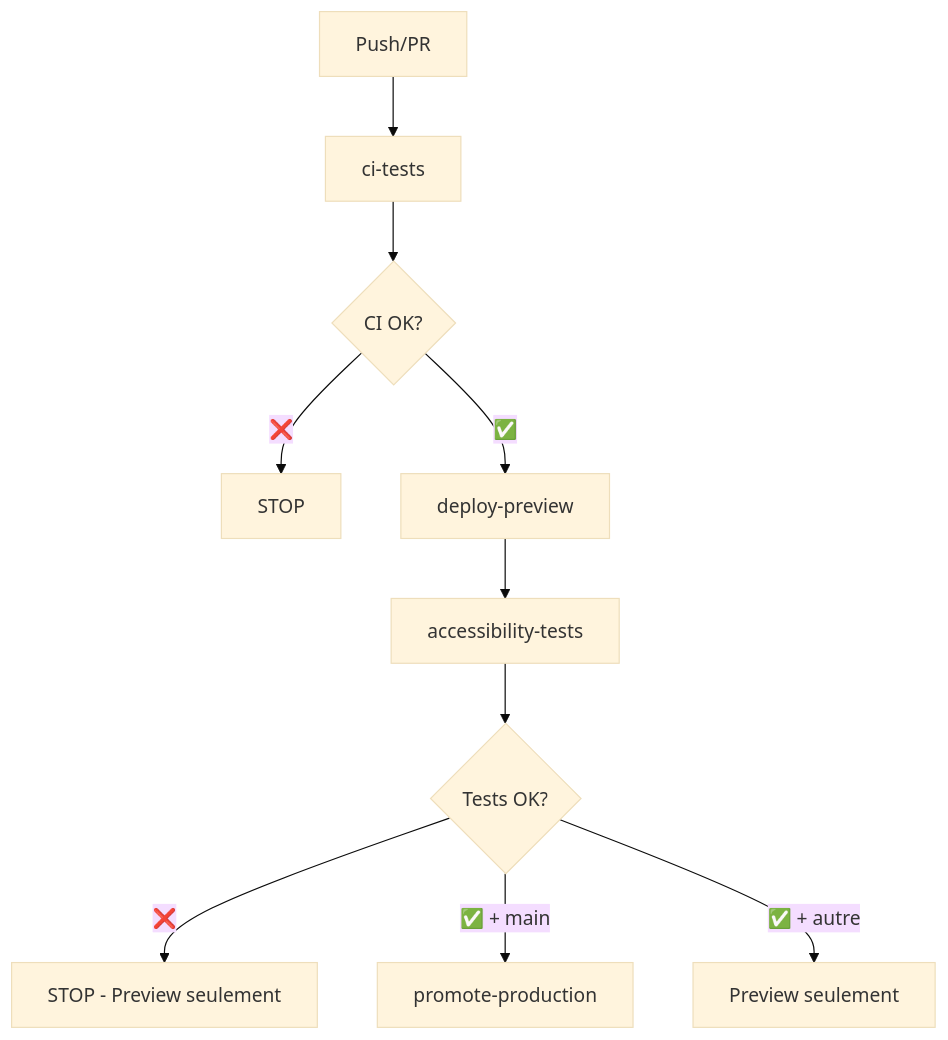
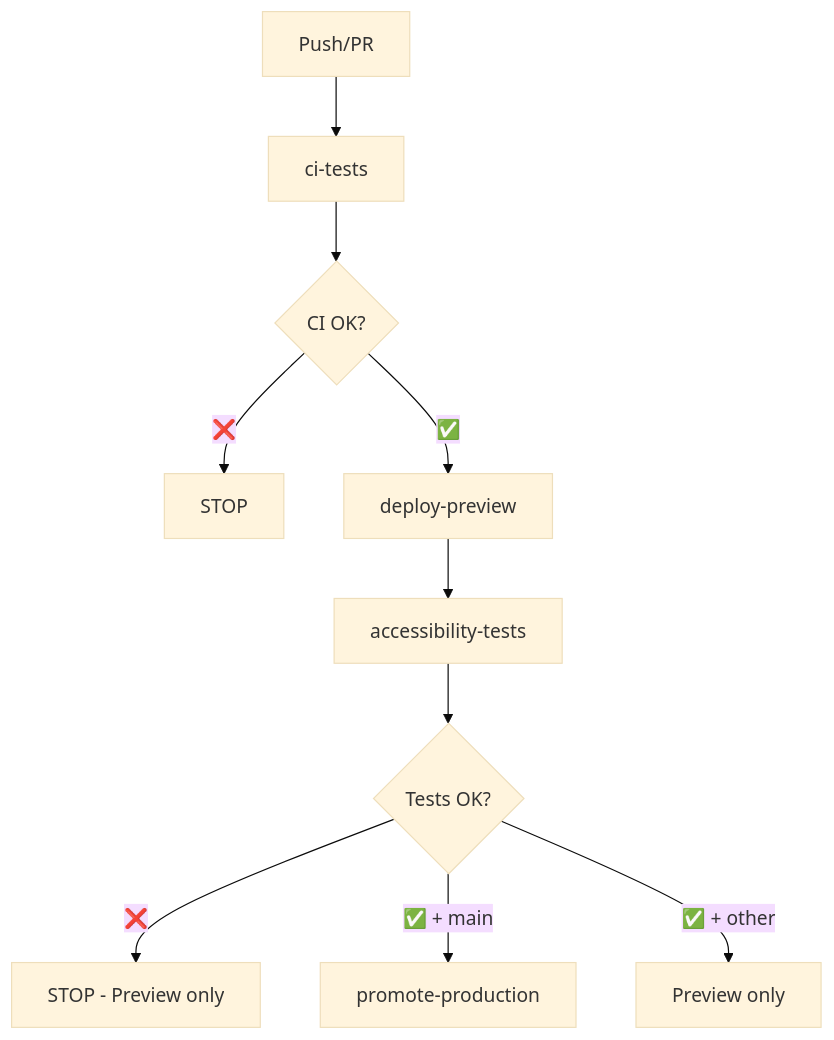
One commit to Simon-LM/OC_P11_ArgentBank changed the diagram in P11-ArgentBank/WORKFLOW-UNIQUE-SPECIFICATION.md. Above: the diagram before and after it, drawn with Mermaid (base theme). The commit also changed other lines of this file and 112 other files, not shown here.

````diff
--- a/P11-ArgentBank/WORKFLOW-UNIQUE-SPECIFICATION.md
+++ b/P11-ArgentBank/WORKFLOW-UNIQUE-SPECIFICATION.md
@@ -25,12 +25,12 @@
 ```mermaid
 graph TD
     A[Push/PR] --> B[ci-tests]
     B --> C{CI OK?}
     C -->|❌| D[STOP]
     C -->|✅| E[deploy-preview]
     E --> F[accessibility-tests]
     F --> G{Tests OK?}
-    G -->|❌| H[STOP - Preview seulement]
+    G -->|❌| H[STOP - Preview only]
     G -->|✅ + main| I[promote-production]
-    G -->|✅ + autre| J[Preview seulement]
+    G -->|✅ + other| J[Preview only]
 ```
````
